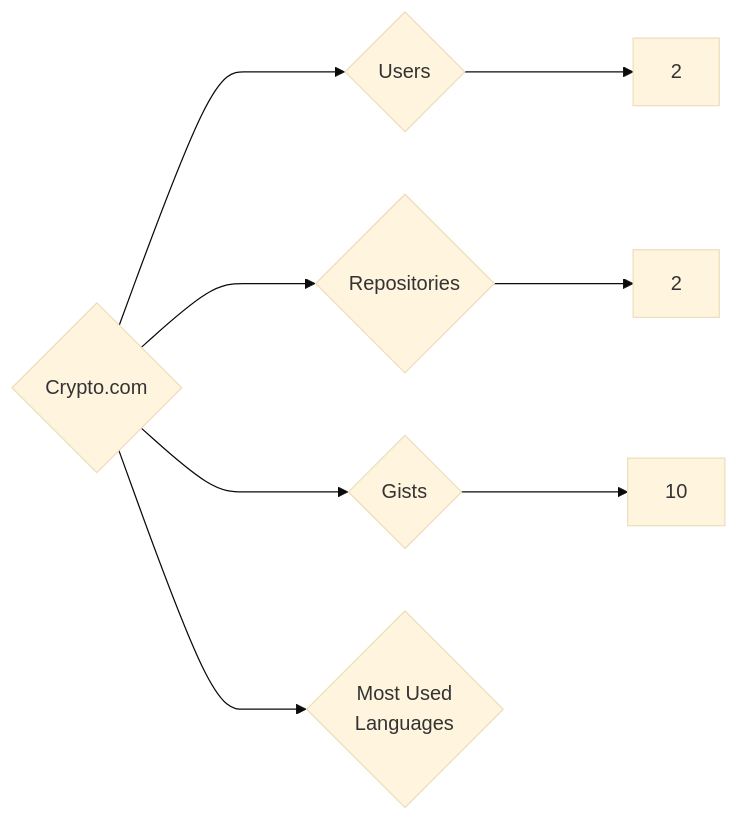
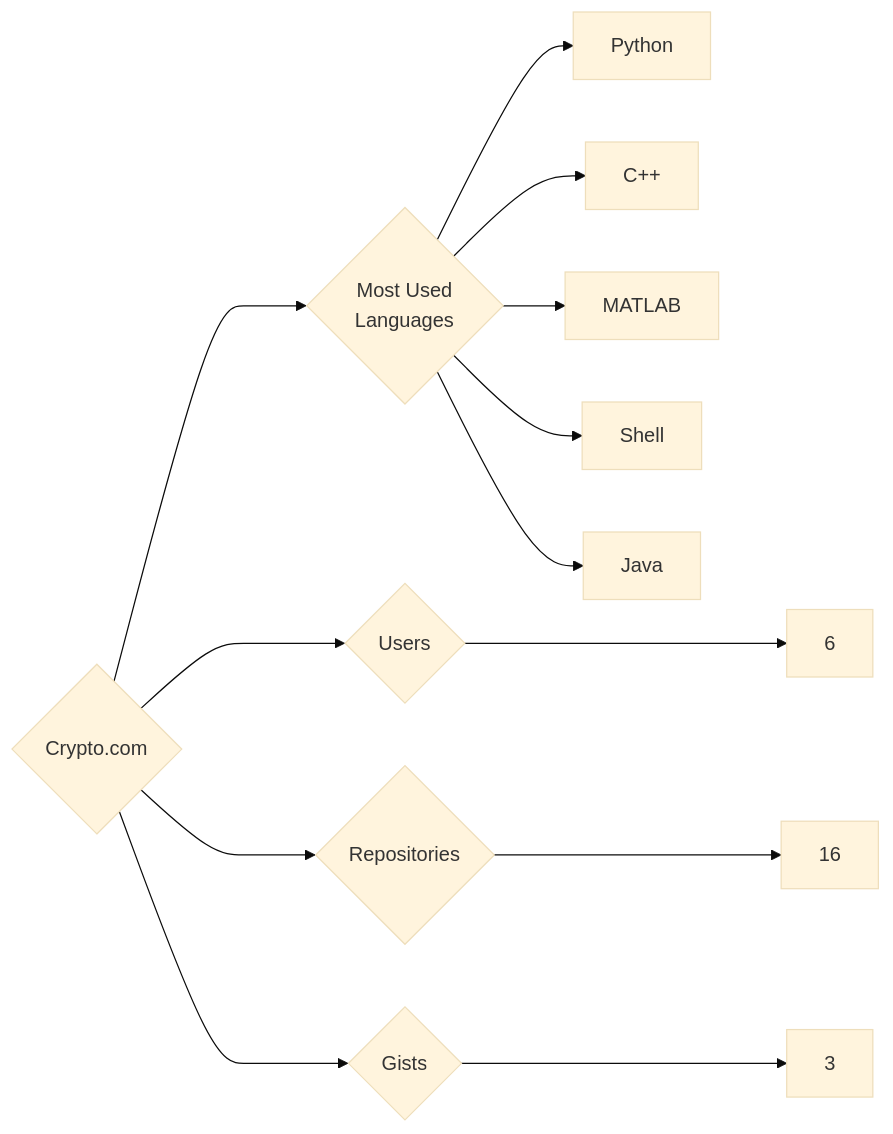
Before and after one commit to trickest/insiders: the diagram in targets/Crypto.com/README.md, drawn with Mermaid (base theme). The commit also changed 997 other files, not shown here.

````diff
--- a/targets/Crypto.com/README.md
+++ b/targets/Crypto.com/README.md
@@ -3,8 +3,13 @@
 ```mermaid
 graph LR
 COMPANY_NAME{Crypto.com}
-COMPANY_NAME ---> U{Users} ---> UN[2]
-COMPANY_NAME ---> R{Repositories} ---> RN[2]
-COMPANY_NAME ---> G{Gists} ---> GN[10]
+COMPANY_NAME ---> U{Users} ---> UN[6]
+COMPANY_NAME ---> R{Repositories} ---> RN[16]
+COMPANY_NAME ---> G{Gists} ---> GN[3]
 COMPANY_NAME ---> ML{Most Used<br>Languages}
+ML --> Python[Python]
+ML --> C++[C++]
+ML --> MATLAB[MATLAB]
+ML --> Shell[Shell]
+ML --> Java[Java]
 ```
````
